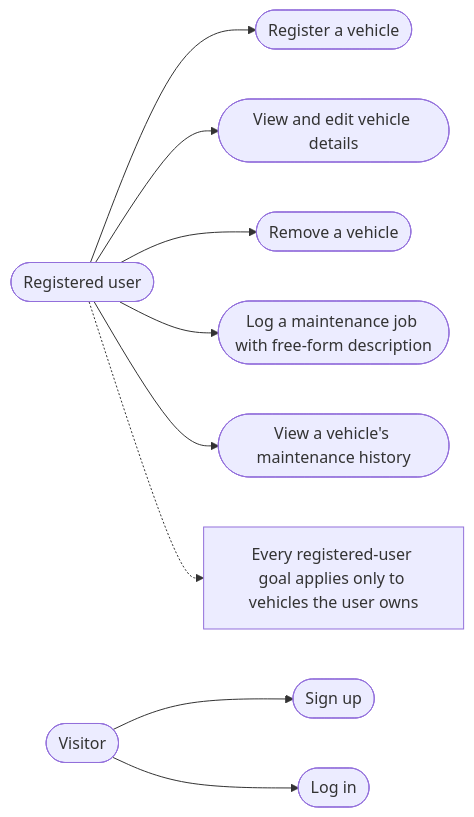
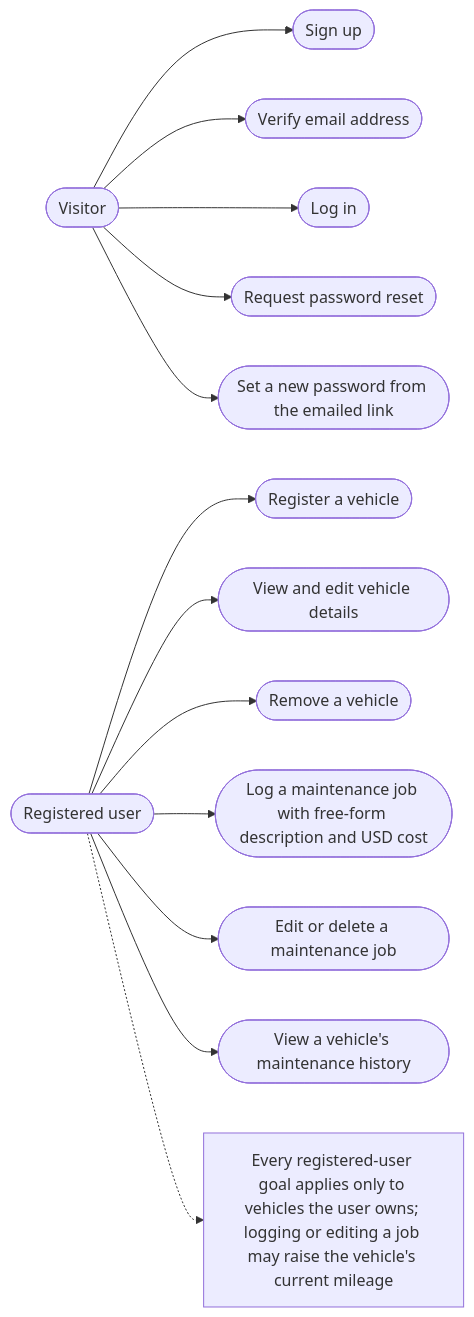
One commit to dieggob/TechnicalTestModernTech changed diagram 12 of 13 in Docs/designs/Vehicle Maintenance Tracker.md. Above: the diagram before and after it, drawn with Mermaid. The commit also changed other lines of this file and 2 other files, not shown here.

````diff
--- a/Docs/designs/Vehicle Maintenance Tracker.md
+++ b/Docs/designs/Vehicle Maintenance Tracker.md
@@ -436,21 +697,29 @@
 ```mermaid
 flowchart LR
+  visitor([Visitor])
   user([Registered user])
-  visitor([Visitor])
   uc0(["Sign up"])
-  uc1(["Log in"])
-  uc2(["Register a vehicle"])
-  uc3(["View and edit vehicle details"])
-  uc4(["Remove a vehicle"])
-  uc5(["Log a maintenance job with free-form description"])
-  uc6(["View a vehicle's maintenance history"])
+  uc1(["Verify email address"])
+  uc2(["Log in"])
+  uc3(["Request password reset"])
+  uc4(["Set a new password from the emailed link"])
+  uc5(["Register a vehicle"])
+  uc6(["View and edit vehicle details"])
+  uc7(["Remove a vehicle"])
+  uc8(["Log a maintenance job with free-form description and USD cost"])
+  uc9(["Edit or delete a maintenance job"])
+  uc10(["View a vehicle's maintenance history"])
   visitor --> uc0
   visitor --> uc1
-  user --> uc2
-  user --> uc3
-  user --> uc4
+  visitor --> uc2
+  visitor --> uc3
+  visitor --> uc4
   user --> uc5
   user --> uc6
-  own["Every registered-user goal applies only to vehicles the user owns"]
+  user --> uc7
+  user --> uc8
+  user --> uc9
+  user --> uc10
+  own["Every registered-user goal applies only to vehicles the user owns; logging or editing a job may raise the vehicle's current mileage"]
   user -.-> own
 ```
````
